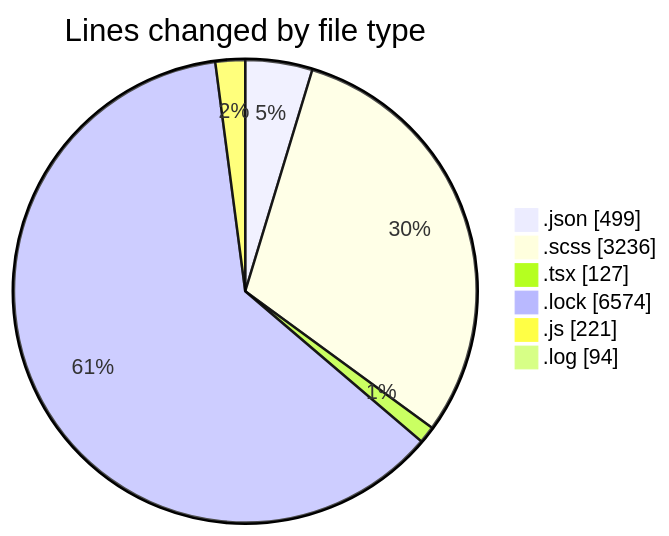
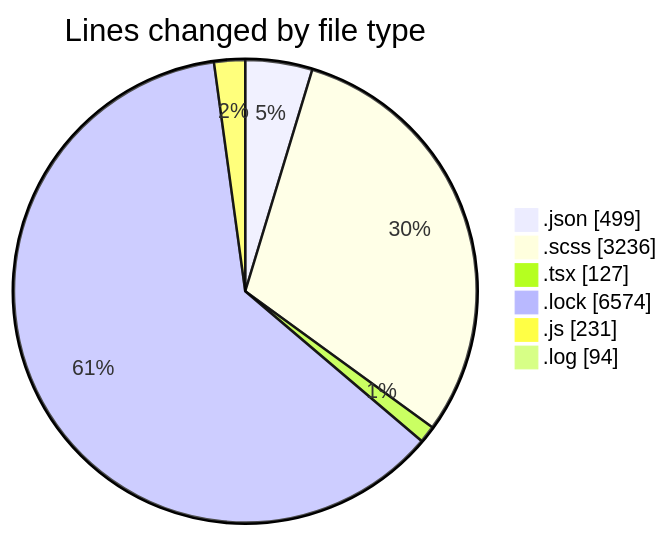
The first of 2 diagrams in 2026-08-11/cda/README.md (momahboobian/code-tracking), drawn with Mermaid before and after one commit. The commit also changed other lines of this file and 1 other file, not shown here.

````diff
--- a/2026-08-11/cda/README.md
+++ b/2026-08-11/cda/README.md
@@ -39,10 +39,10 @@
 ```mermaid
 pie showData
 title Lines changed by file type
 ".json" : 499
 ".scss" : 3236
 ".tsx" : 127
 ".lock" : 6574
-".js" : 221
+".js" : 231
 ".log" : 94
 ```
````
